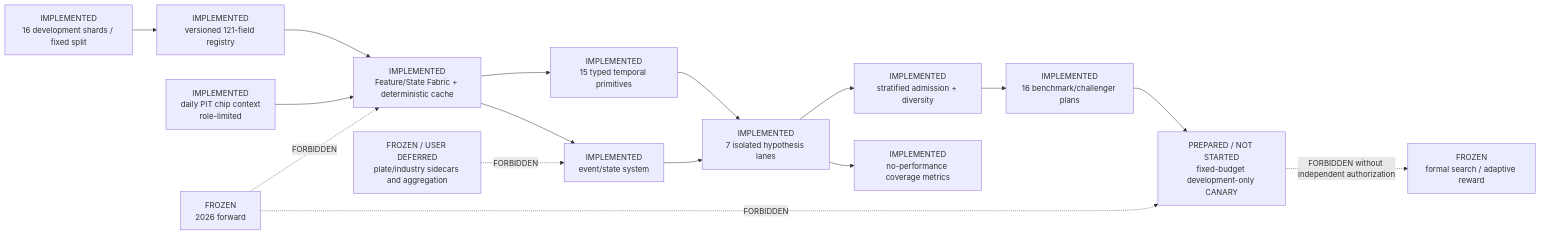
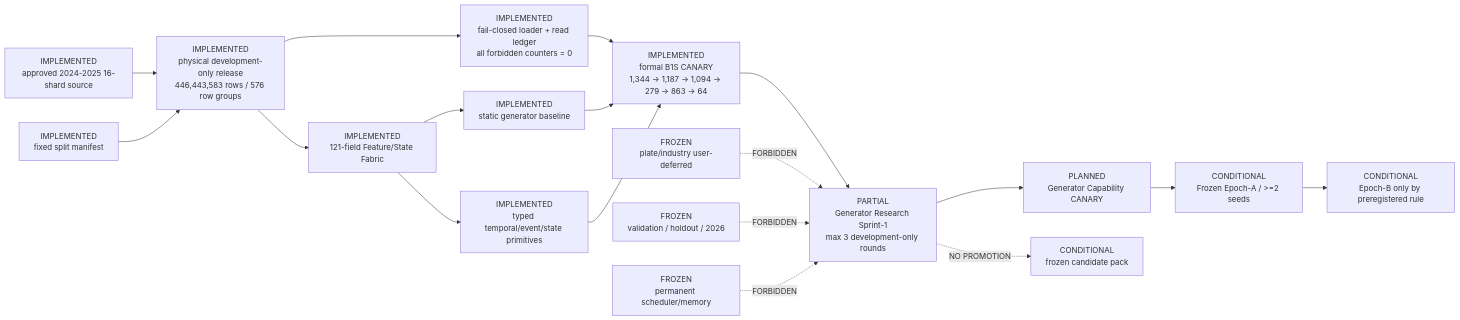
Before and after one commit to weisssschnee/alpha-pit-engine-v2: the diagram in .planning/graphs/CURRENT_ARCHITECTURE.md, drawn with Mermaid. The commit also changed other lines of this file and 9 other files, not shown here.

Commit message:
Close B1S CANARY and open generator research sprint

````diff
--- a/.planning/graphs/CURRENT_ARCHITECTURE.md
+++ b/.planning/graphs/CURRENT_ARCHITECTURE.md
@@ -13,20 +14,22 @@
 ```mermaid
 flowchart LR
-    DATA["IMPLEMENTED<br/>16 development shards / fixed split"] --> REG["IMPLEMENTED<br/>versioned 121-field registry"]
-    REG --> FABRIC["IMPLEMENTED<br/>Feature/State Fabric + deterministic cache"]
-    CHIP["IMPLEMENTED<br/>daily PIT chip context<br/>role-limited"] --> FABRIC
-    FABRIC --> TEMP["IMPLEMENTED<br/>15 typed temporal primitives"]
-    FABRIC --> EVENT["IMPLEMENTED<br/>event/state system"]
-    PIT["FROZEN / USER DEFERRED<br/>plate/industry sidecars and aggregation"] -. "FORBIDDEN" .-> EVENT
+    SRC["IMPLEMENTED<br/>approved 2024-2025 16-shard source"] --> DEV["IMPLEMENTED<br/>physical development-only release<br/>446,443,583 rows / 576 row groups"]
+    SPLIT["IMPLEMENTED<br/>fixed split manifest"] --> DEV
+    DEV --> LEDGER["IMPLEMENTED<br/>fail-closed loader + read ledger<br/>all forbidden counters = 0"]
+    DEV --> FABRIC["IMPLEMENTED<br/>121-field Feature/State Fabric"]
+    LEDGER --> CANARY["IMPLEMENTED<br/>formal B1S CANARY<br/>1,344 -> 1,187 -> 1,094 -> 279 -> 863 -> 64"]
+    FABRIC --> STATIC["IMPLEMENTED<br/>static generator baseline"]
+    FABRIC --> TEMP["IMPLEMENTED<br/>typed temporal/event/state primitives"]
+    STATIC --> CANARY
+    TEMP --> CANARY
+    CANARY --> SPRINT["PARTIAL<br/>Generator Research Sprint-1<br/>max 3 development-only rounds"]
 
-    TEMP --> LANES["IMPLEMENTED<br/>7 isolated hypothesis lanes"]
-    EVENT --> LANES
-    LANES --> ADMIT["IMPLEMENTED<br/>stratified admission + diversity"]
-    LANES --> COVER["IMPLEMENTED<br/>no-performance coverage metrics"]
-    ADMIT --> BENCH["IMPLEMENTED<br/>16 benchmark/challenger plans"]
-    BENCH --> CANARY["PREPARED / NOT STARTED<br/>fixed-budget development-only CANARY"]
+    SPRINT --> CAP["PLANNED<br/>Generator Capability CANARY"]
+    CAP --> EPOCHA["CONDITIONAL<br/>Frozen Epoch-A / >=2 seeds"]
+    EPOCHA --> EPOCHB["CONDITIONAL<br/>Epoch-B only by preregistered rule"]
 
-    CANARY -. "FORBIDDEN without independent authorization" .-> SEARCH["FROZEN<br/>formal search / adaptive reward"]
-    FWD["FROZEN<br/>2026 forward"] -. "FORBIDDEN" .-> FABRIC
-    FWD -. "FORBIDDEN" .-> CANARY
+    PLATE["FROZEN<br/>plate/industry user-deferred"] -. "FORBIDDEN" .-> SPRINT
+    FWD["FROZEN<br/>validation / holdout / 2026"] -. "FORBIDDEN" .-> SPRINT
+    MEMORY["FROZEN<br/>permanent scheduler/memory"] -. "FORBIDDEN" .-> SPRINT
+    SPRINT -. "NO PROMOTION" .-> PACK["CONDITIONAL<br/>frozen candidate pack"]
 ```
````
